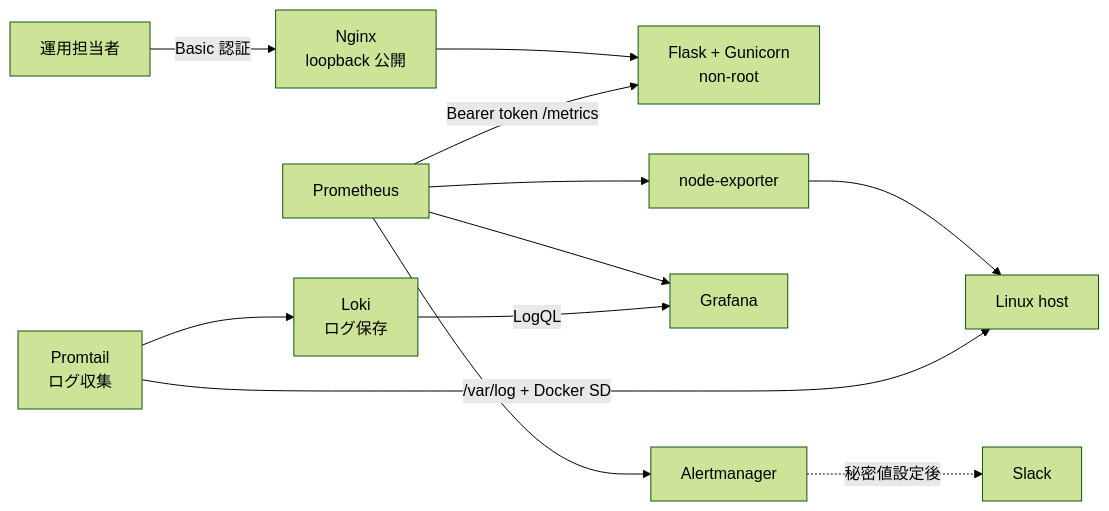
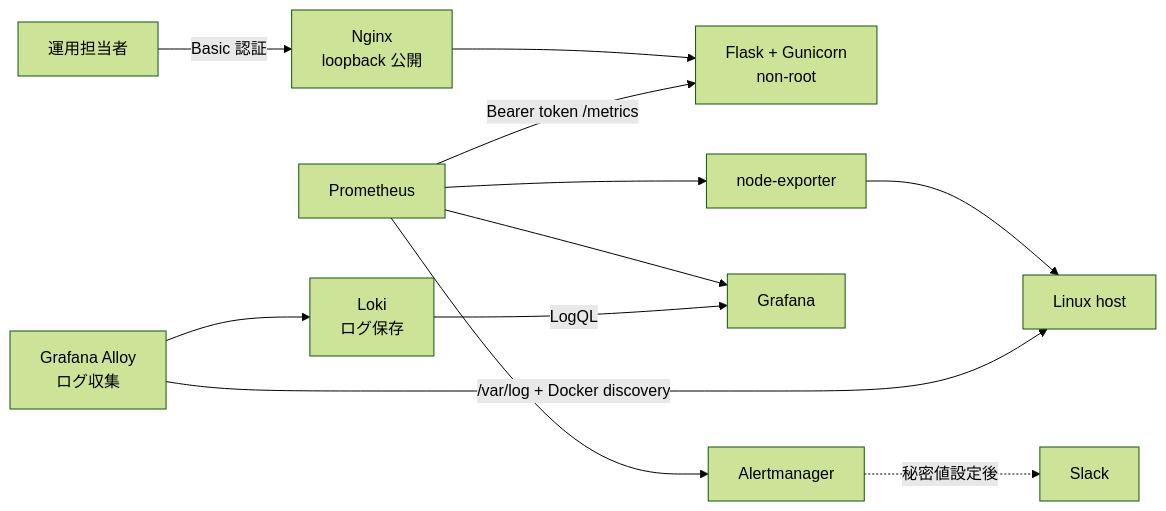
The diagram in README.md (ns7jp/server), drawn with Mermaid (forest theme) before and after one commit. The commit also changed other lines of this file and 27 other files, not shown here.

````diff
--- a/README.md
+++ b/README.md
@@ -34,14 +34,14 @@
 ```mermaid
 flowchart LR
     Operator["運用担当者"] -->|"Basic 認証"| Nginx["Nginx<br/>loopback 公開"]
     Nginx --> App["Flask + Gunicorn<br/>non-root"]
     Prometheus -->|"Bearer token /metrics"| App
     Prometheus --> Exporter["node-exporter"]
     Exporter --> Host["Linux host"]
     Prometheus --> Grafana
     Prometheus --> Alertmanager
     Alertmanager -.->|"秘密値設定後"| Slack["Slack"]
-    Promtail["Promtail<br/>ログ収集"] -->|"/var/log + Docker SD"| Host
-    Promtail --> Loki["Loki<br/>ログ保存"]
+    Alloy["Grafana Alloy<br/>ログ収集"] -->|"/var/log + Docker discovery"| Host
+    Alloy --> Loki["Loki<br/>ログ保存"]
     Loki -->|"LogQL"| Grafana
 ```
````
